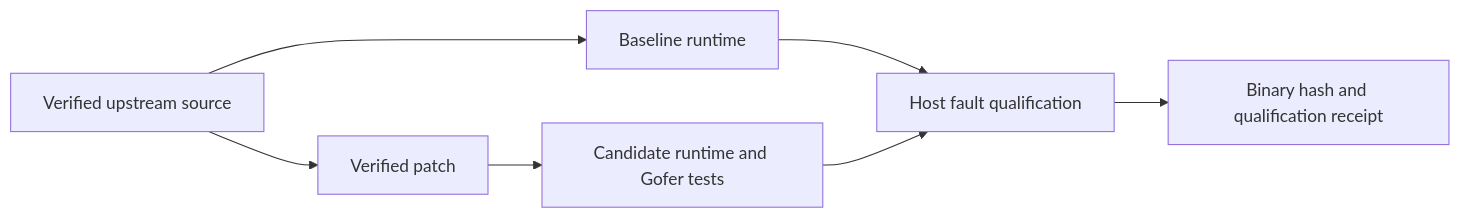
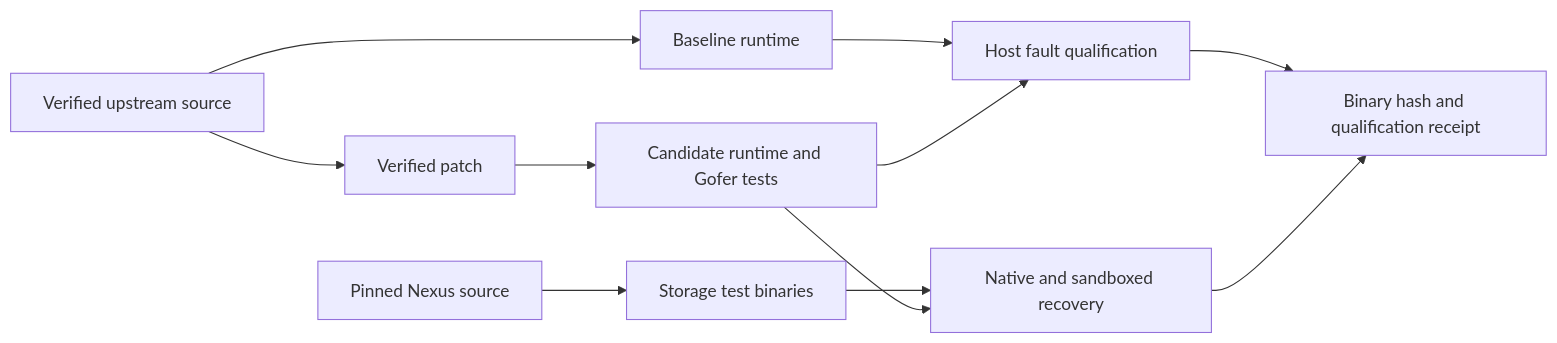
Before and after one commit to sudoprivacy/moss: the diagram in deploy/runtime/gvisor/README.md, drawn with Mermaid. The commit also changed other lines of this file and 7 other files, not shown here.

Commit message:
test(runtime): qualify real Nexus storage recovery in gVisor

````diff
--- a/deploy/runtime/gvisor/README.md
+++ b/deploy/runtime/gvisor/README.md
@@ -9,9 +9,13 @@
 ```mermaid
 flowchart LR
   A[Verified upstream source] --> B[Baseline runtime]
   A --> C[Verified patch]
   C --> D[Candidate runtime and Gofer tests]
   B --> E[Host fault qualification]
   D --> E
   E --> F[Binary hash and qualification receipt]
+  G[Pinned Nexus source] --> H[Storage test binaries]
+  H --> I[Native and sandboxed recovery]
+  D --> I
+  I --> F
 ```
````
